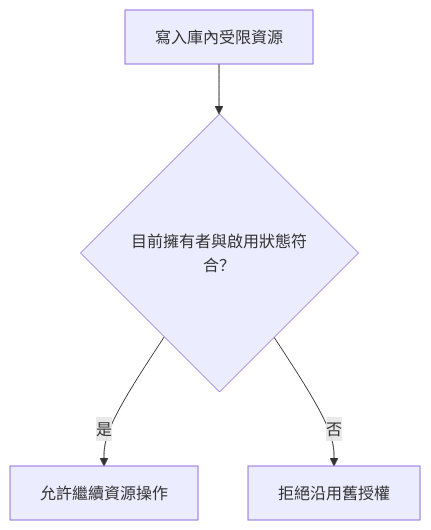
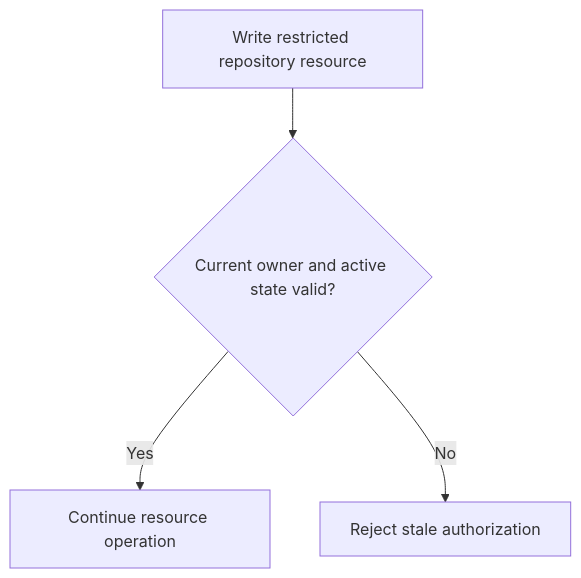
Diagram 12 of 12 in docs/domains/repository/README.md (963sup/line-mini-app-bot), drawn with Mermaid before and after one commit. The commit also changed other lines of this file and 341 other files, not shown here.

````diff
--- a/docs/domains/repository/README.md
+++ b/docs/domains/repository/README.md
@@ -208,6 +216,6 @@
 ```mermaid
 flowchart TD
-    start["寫入庫內受限資源"] --> gate{"目前擁有者與啟用狀態符合？"}
-    gate -->|是| ok["允許繼續資源操作"]
-    gate -->|否| stop["拒絕沿用舊授權"]
+    start["Write restricted repository resource"] --> gate{"Current owner and active state valid?"}
+    gate -->|Yes| ok["Continue resource operation"]
+    gate -->|No| stop["Reject stale authorization"]
 ```
````
